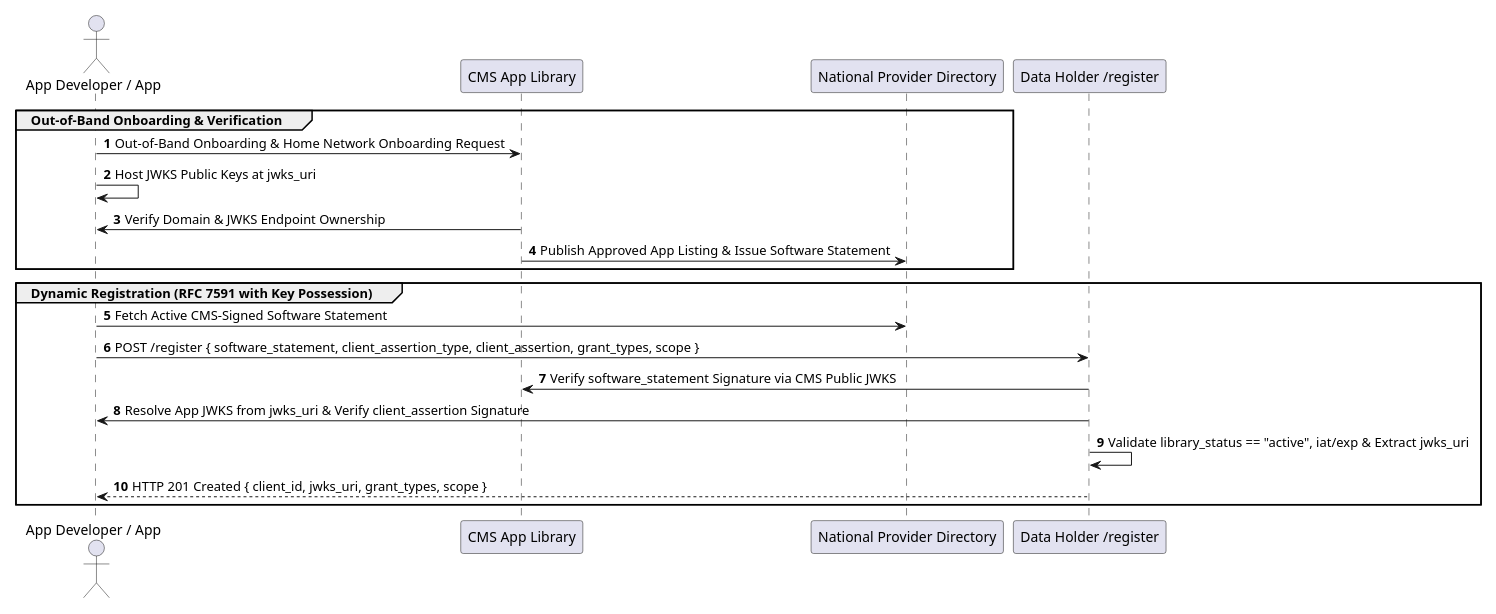
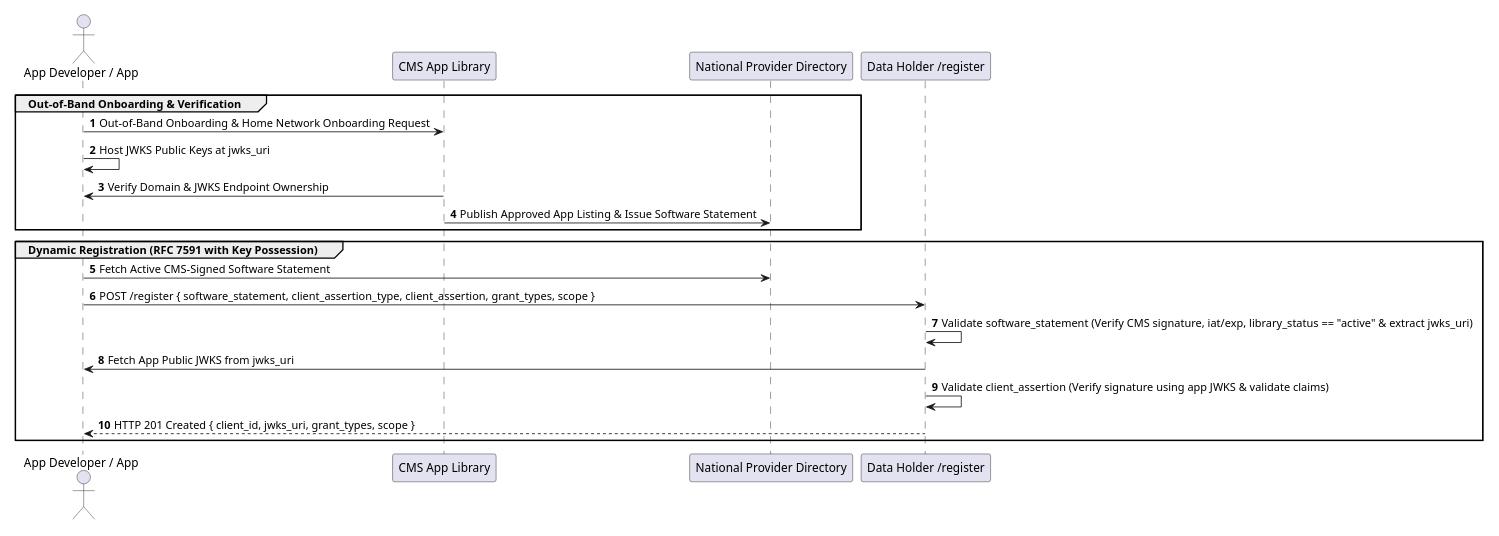
Before and after one commit to alex-dzeda/can-ig: the diagram in input/pages/registration.md, drawn with PlantUML. The commit also changed other lines of this file and 1 other file, not shown here.

````diff
--- a/input/pages/registration.md
+++ b/input/pages/registration.md
@@ -25,26 +26,26 @@
 ```plantuml
 @startuml
 scale max 1000 width
 autonumber
 actor "App Developer / App" as App
 participant "CMS App Library" as CMS
 participant "National Provider Directory" as Directory
 participant "Data Holder /register" as DH
 
 group Out-of-Band Onboarding & Verification
 App -> CMS: Out-of-Band Onboarding & Home Network Onboarding Request
 App -> App: Host JWKS Public Keys at jwks_uri
 CMS -> App: Verify Domain & JWKS Endpoint Ownership
 CMS -> Directory: Publish Approved App Listing & Issue Software Statement
 end
 
 group Dynamic Registration (RFC 7591 with Key Possession)
 App -> Directory: Fetch Active CMS-Signed Software Statement
 App -> DH: POST /register { software_statement, client_assertion_type, client_assertion, grant_types, scope }
-DH -> CMS: Verify software_statement Signature via CMS Public JWKS
-DH -> App: Resolve App JWKS from jwks_uri & Verify client_assertion Signature
-DH -> DH: Validate library_status == "active", iat/exp & Extract jwks_uri
+DH -> DH: Validate software_statement (Verify CMS signature, iat/exp, library_status == "active" & extract jwks_uri)
+DH -> App: Fetch App Public JWKS from jwks_uri
+DH -> DH: Validate client_assertion (Verify signature using app JWKS & validate claims)
 DH --> App: HTTP 201 Created { client_id, jwks_uri, grant_types, scope }
 end
 @enduml
 ```
````
